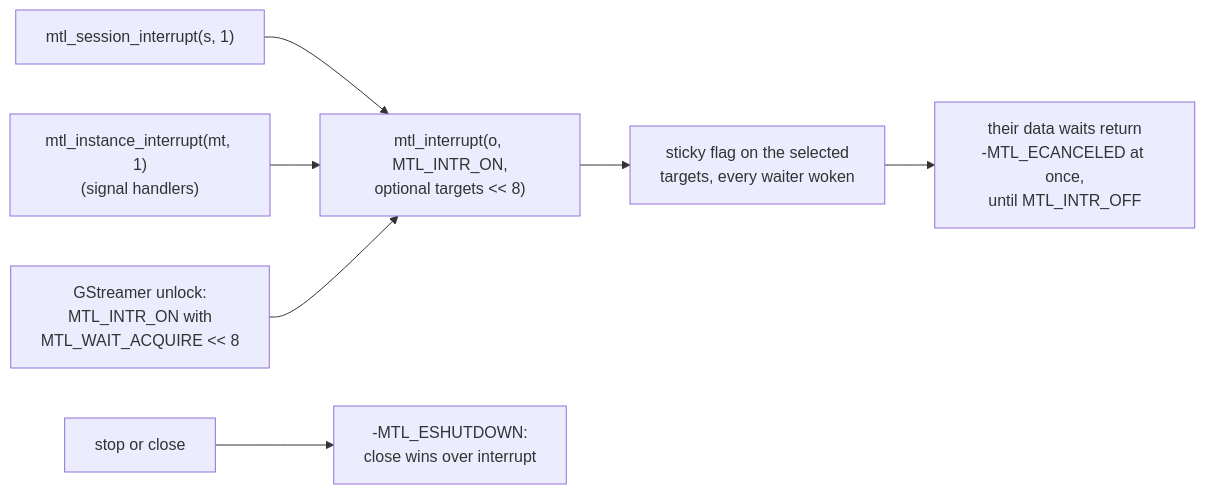
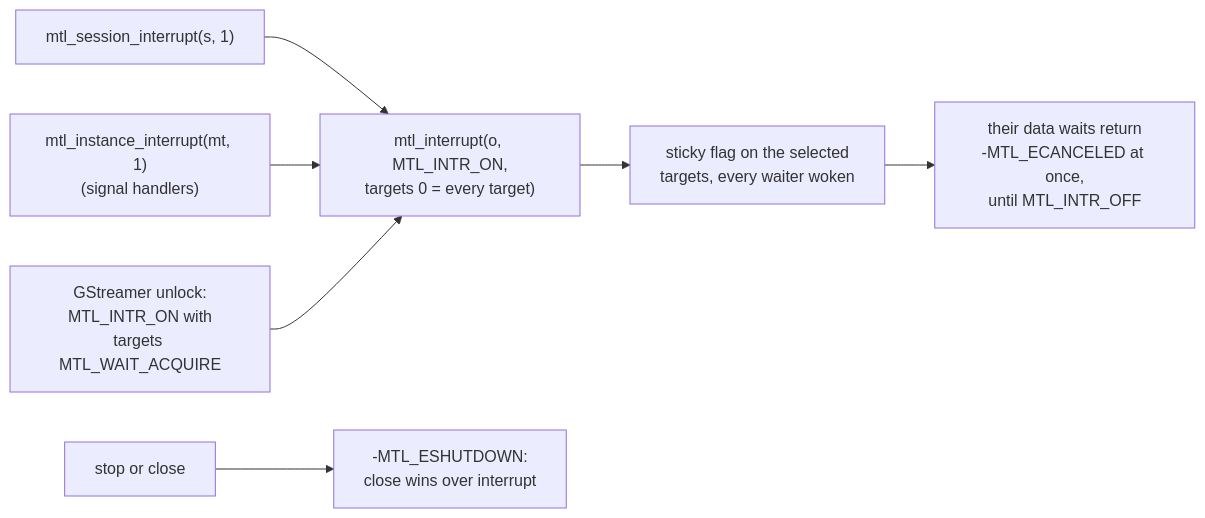
One commit to Sakoram/Media-Transport-Library changed diagram 37 of 56 in doc/unified-api/diagrams.md. Above: the diagram before and after it, drawn with Mermaid. The commit also changed other lines of this file and 53 other files, not shown here.

````diff
--- a/doc/unified-api/diagrams.md
+++ b/doc/unified-api/diagrams.md
@@ -1007,9 +1016,9 @@
 ```mermaid
 flowchart LR
-    S["mtl_session_interrupt(s, 1)"] --> G["mtl_interrupt(o, MTL_INTR_ON,<br/>optional targets << 8)"]
+    S["mtl_session_interrupt(s, 1)"] --> G["mtl_interrupt(o, MTL_INTR_ON,<br/>targets 0 = every target)"]
     I["mtl_instance_interrupt(mt, 1)<br/>(signal handlers)"] --> G
-    T["GStreamer unlock:<br/>MTL_INTR_ON with<br/>MTL_WAIT_ACQUIRE << 8"] --> G
+    T["GStreamer unlock:<br/>MTL_INTR_ON with<br/>targets MTL_WAIT_ACQUIRE"] --> G
     G --> F["sticky flag on the selected<br/>targets, every waiter woken"]
     F --> W["their data waits return<br/>-MTL_ECANCELED at once,<br/>until MTL_INTR_OFF"]
     C["stop or close"] --> X["-MTL_ESHUTDOWN:<br/>close wins over interrupt"]
 ```
````
